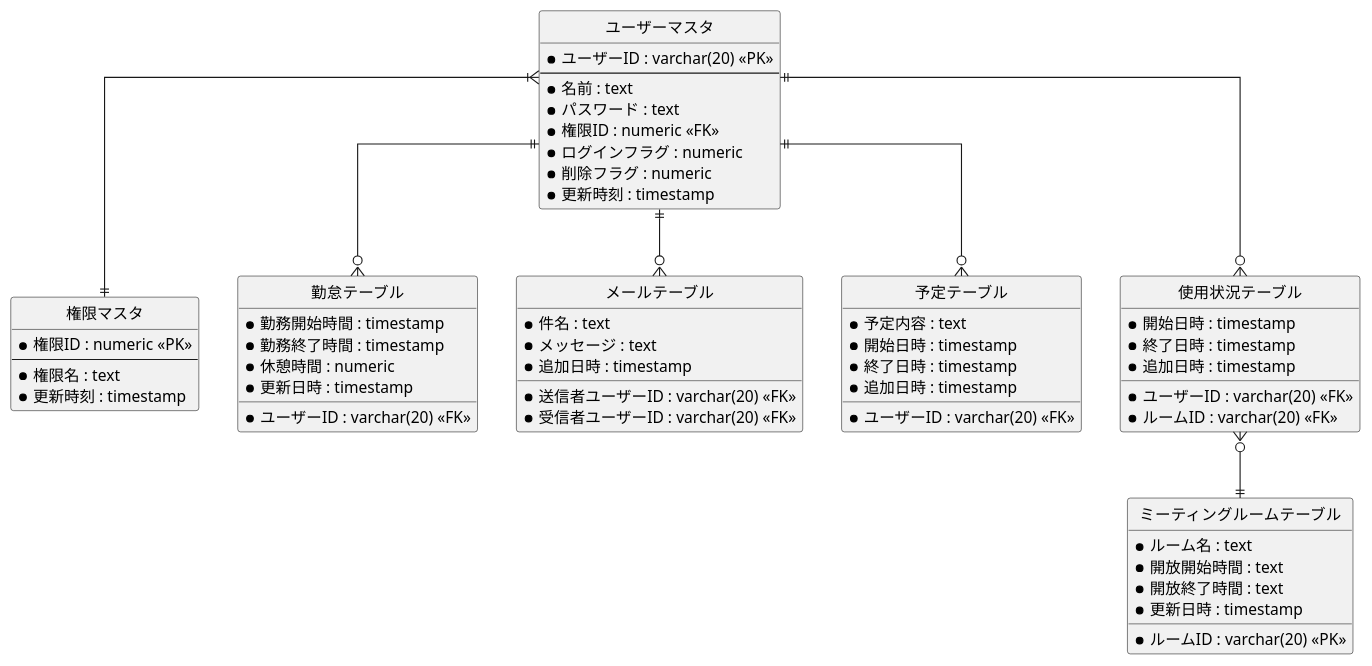
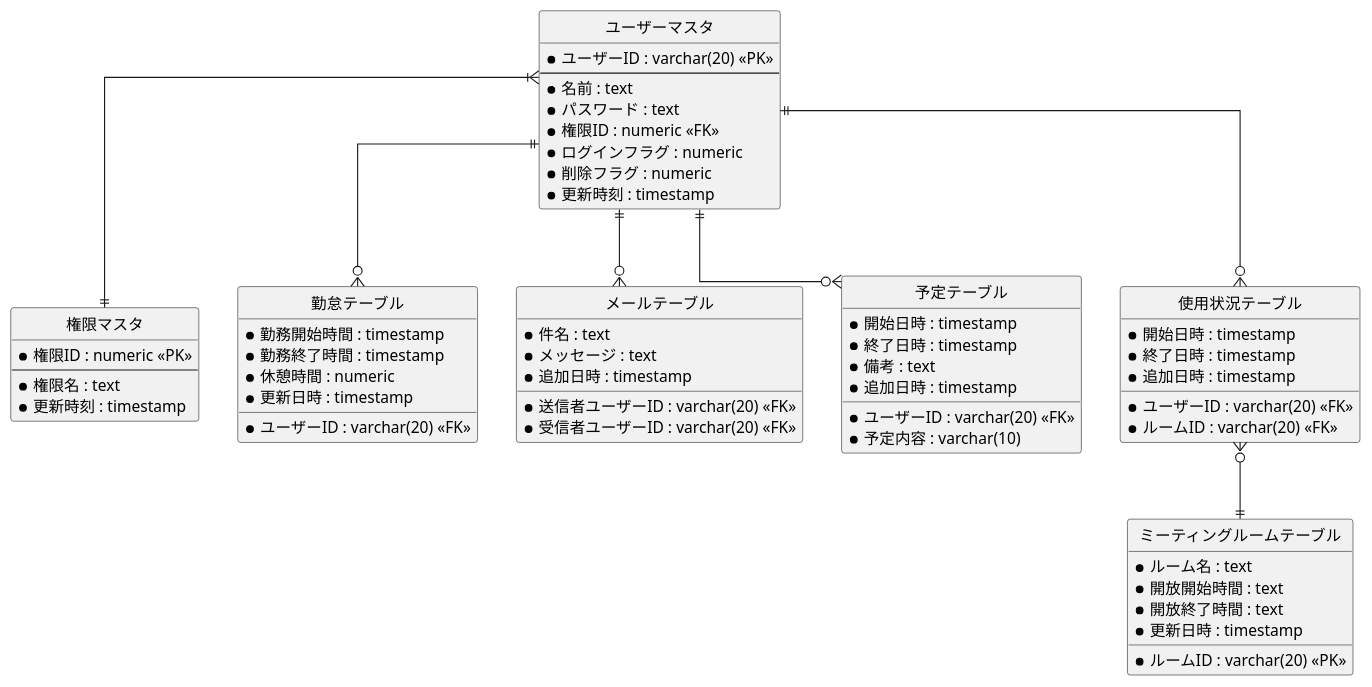
One commit to R-SAIKI/practiceUML changed the diagram in ER図/ER図.pu. Above: the diagram before and after it, drawn with PlantUML. The commit also changed 9 other files, not shown here.

Commit message:
画面遷移図完成

```diff
--- a/ER図/ER図.pu
+++ b/ER図/ER図.pu
@@ -1,74 +1,75 @@
 @startuml
 
 ' hide the spot
 hide circle
 
 ' avoid problems with angled crows feet
 skinparam linetype ortho
 
 entity "ユーザーマスタ" as user {
   *ユーザーID : varchar(20) <<PK>>
   --
   *名前 : text
   *パスワード : text
   *権限ID : numeric <<FK>>
   *ログインフラグ : numeric
   *削除フラグ : numeric
   *更新時刻 : timestamp
 }
 
 entity "権限マスタ" as auth {
   *権限ID : numeric <<PK>> 
   --
   *権限名 : text
   *更新時刻 : timestamp
 }
 
 entity "勤怠テーブル" as attend {
   *ユーザーID : varchar(20) <<FK>>
   *勤務開始時間 : timestamp
   *勤務終了時間 : timestamp 
   *休憩時間 : numeric
   *更新日時 : timestamp
 }
 
 entity "メールテーブル" as mail {
   *送信者ユーザーID : varchar(20) <<FK>>
   *受信者ユーザーID : varchar(20) <<FK>>
   *件名 : text
   *メッセージ : text
   *追加日時 : timestamp
 }
 
 entity "予定テーブル" as plan {
   *ユーザーID : varchar(20) <<FK>>
-  *予定内容 : text
+  *予定内容 : varchar(10)
   *開始日時 : timestamp
   *終了日時 : timestamp 
+  *備考 : text
   *追加日時 : timestamp
 }
 
 entity "ミーティングルームテーブル" as meeting {
   *ルームID : varchar(20) <<PK>>
   *ルーム名 : text 
   *開放開始時間 : text
   *開放終了時間 : text
   *更新日時 : timestamp
 }
 
 entity "使用状況テーブル" as use {
   *ユーザーID : varchar(20) <<FK>>
   *ルームID : varchar(20) <<FK>>
   *開始日時 : timestamp
   *終了日時 : timestamp 
   *追加日時 : timestamp
 }
 
 user }|--|| auth
 user ||--o{ attend
 user ||--o{ mail
 user ||--o{ plan
 user ||--o{ use
 use }o--|| meeting
 
 @enduml
```
